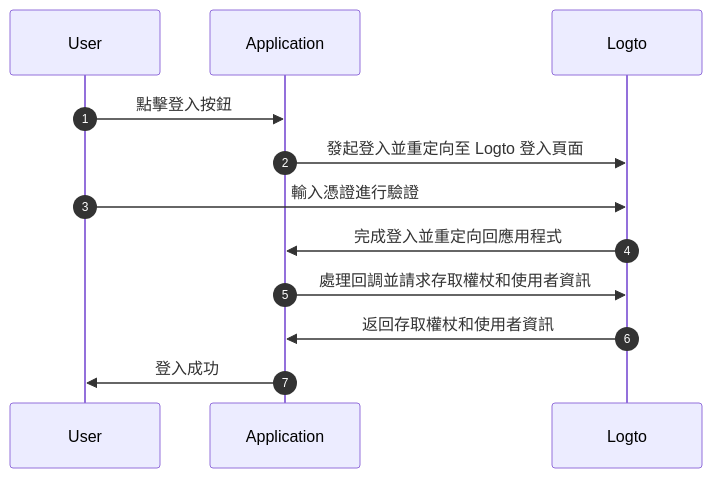
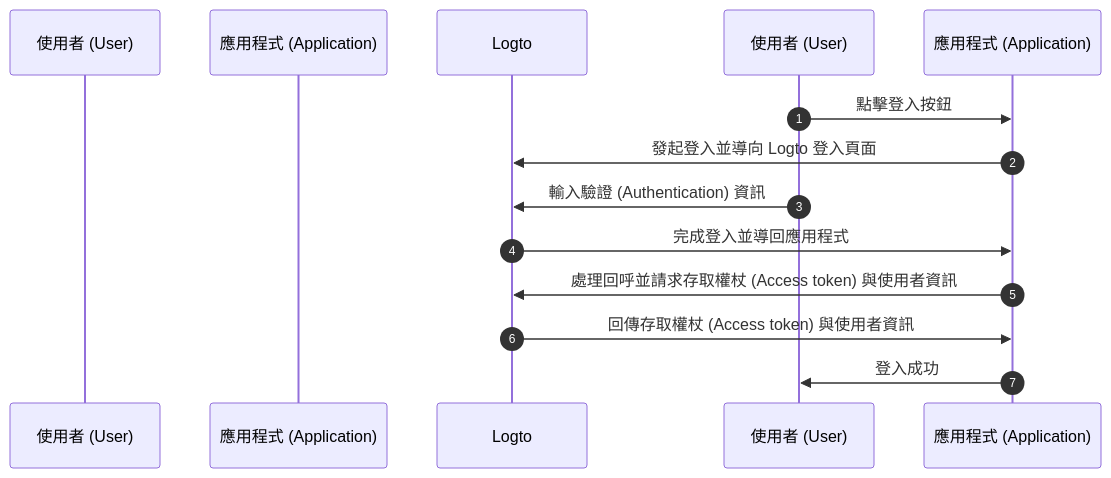
One commit to logto-io/docs changed the first of 4 diagrams in i18n/zh-TW/docusaurus-plugin-content-docs/current/integrate-logto/integrate-logto-into-your-application/understand-authentication-flow.mdx. Above: the diagram before and after it, drawn with Mermaid. The commit also changed other lines of this file and 44 other files, not shown here.

````diff
--- a/i18n/zh-TW/docusaurus-plugin-content-docs/current/integrate-logto/integrate-logto-into-your-application/understand-authentication-flow.mdx
+++ b/i18n/zh-TW/docusaurus-plugin-content-docs/current/integrate-logto/integrate-logto-into-your-application/understand-authentication-flow.mdx
@@ -14,15 +14,15 @@
 ```mermaid
 sequenceDiagram
     autonumber
-    participant User
-    participant Application
+    participant User as 使用者 (User)
+    participant Application as 應用程式 (Application)
     participant Logto
 
-    User->>Application: 點擊登入按鈕
-    Application->>Logto: 發起登入並重定向至 Logto 登入頁面
-    User->>Logto: 輸入憑證進行驗證
-    Logto->>Application: 完成登入並重定向回應用程式
-    Application->>Logto: 處理回調並請求存取權杖和使用者資訊
-    Logto->>Application: 返回存取權杖和使用者資訊
-    Application->>User: 登入成功
+    使用者 (User)->>應用程式 (Application): 點擊登入按鈕
+    應用程式 (Application)->>Logto: 發起登入並導向 Logto 登入頁面
+    使用者 (User)->>Logto: 輸入驗證 (Authentication) 資訊
+    Logto->>應用程式 (Application): 完成登入並導回應用程式
+    應用程式 (Application)->>Logto: 處理回呼並請求存取權杖 (Access token) 與使用者資訊
+    Logto->>應用程式 (Application): 回傳存取權杖 (Access token) 與使用者資訊
+    應用程式 (Application)->>使用者 (User): 登入成功
 ```
````
